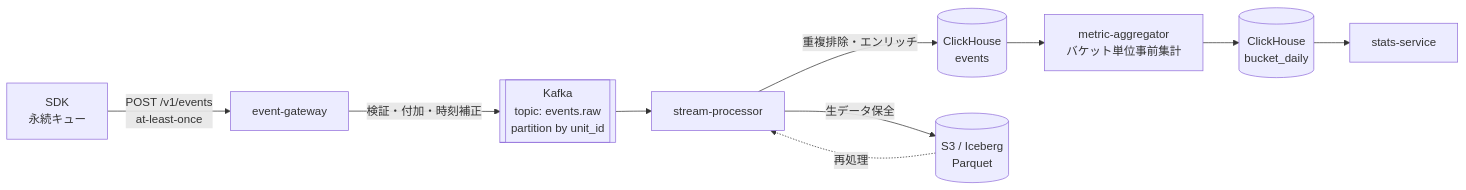
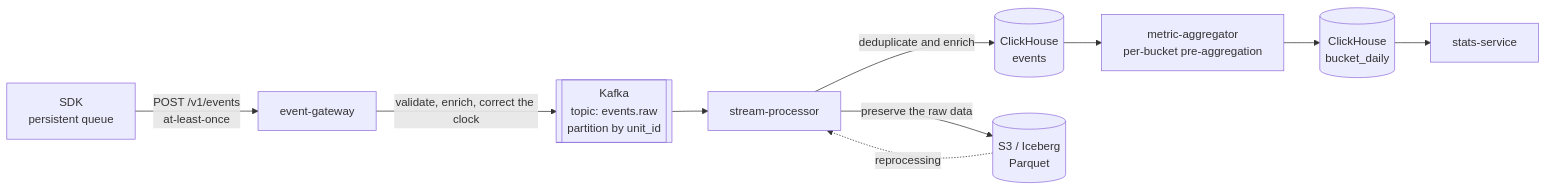
One commit to 0x0c/bakuchi changed the diagram in docs/06-data-pipeline.md. Above: the diagram before and after it, drawn with Mermaid. The commit also changed other lines of this file and 37 other files, not shown here.

````diff
--- a/docs/06-data-pipeline.md
+++ b/docs/06-data-pipeline.md
@@ -7,12 +10,12 @@
 ```mermaid
 flowchart LR
-    sdk["SDK<br/>永続キュー"] -->|"POST /v1/events<br/>at-least-once"| gw["event-gateway"]
-    gw -->|"検証・付加・時刻補正"| k[["Kafka<br/>topic: events.raw<br/>partition by unit_id"]]
+    sdk["SDK<br/>persistent queue"] -->|"POST /v1/events<br/>at-least-once"| gw["event-gateway"]
+    gw -->|"validate, enrich, correct the clock"| k[["Kafka<br/>topic: events.raw<br/>partition by unit_id"]]
     k --> proc["stream-processor"]
-    proc -->|"重複排除・エンリッチ"| ch[("ClickHouse<br/>events")]
-    proc -->|"生データ保全"| s3[("S3 / Iceberg<br/>Parquet")]
-    ch --> agg["metric-aggregator<br/>バケット単位事前集計"]
+    proc -->|"deduplicate and enrich"| ch[("ClickHouse<br/>events")]
+    proc -->|"preserve the raw data"| s3[("S3 / Iceberg<br/>Parquet")]
+    ch --> agg["metric-aggregator<br/>per-bucket pre-aggregation"]
     agg --> chm[("ClickHouse<br/>bucket_daily")]
     chm --> stats["stats-service"]
-    s3 -.->|"再処理"| proc
+    s3 -.->|"reprocessing"| proc
 ```
````
